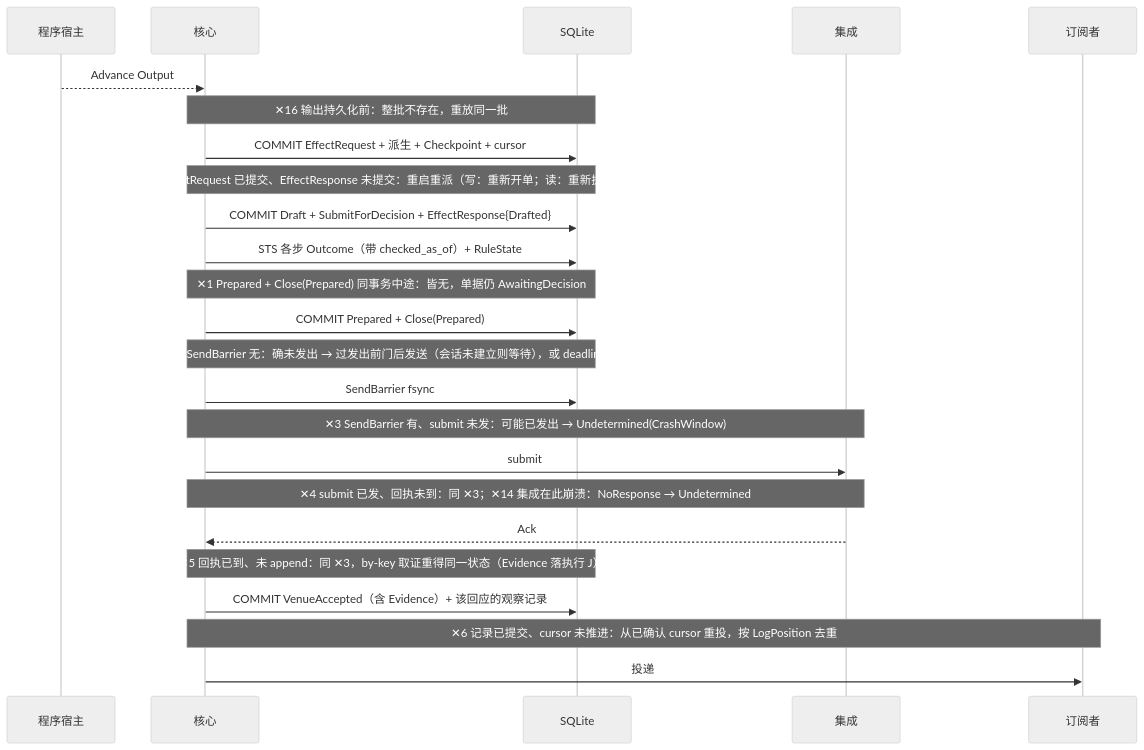
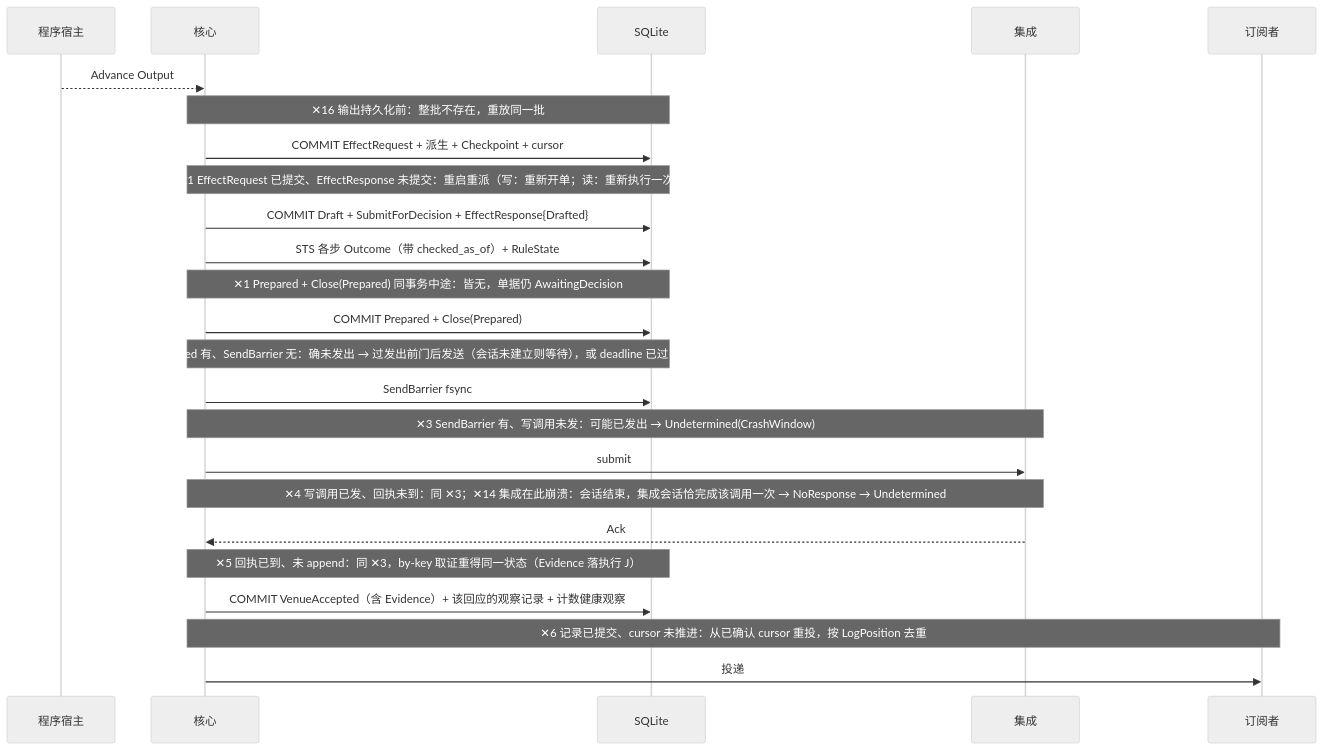
Before and after one commit to mouriya-s-lab/uta: the second of 4 diagrams in design/diagrams/07-crash-recovery.md, drawn with Mermaid (neutral theme). The commit also changed other lines of this file and 14 other files, not shown here.

Commit message:
design: write/lifecycle gaps — declared leg plans for Replace with per-leg keys and channels, target-kind capability for cancel/replace/close, TargetTerminal record, Halted and counters retained, session-state ownership in uses graph

````diff
--- a/design/diagrams/07-crash-recovery.md
+++ b/design/diagrams/07-crash-recovery.md
@@ -38,26 +38,26 @@
 ```mermaid
 sequenceDiagram
   participant H as 程序宿主
   participant C as 核心
   participant DB as SQLite
   participant I as 集成
   participant A as 订阅者
   H-->>C: Advance Output
   Note over C,DB: ✕16 输出持久化前：整批不存在，重放同一批
   C->>DB: COMMIT EffectRequest + 派生 + Checkpoint + cursor
   Note over C,DB: ✕21 EffectRequest 已提交、EffectResponse 未提交：重启重派（写：重新开单；读：重新执行一次）
   C->>DB: COMMIT Draft + SubmitForDecision + EffectResponse{Drafted}
   C->>DB: STS 各步 Outcome（带 checked_as_of）+ RuleState
   Note over C,DB: ✕1 Prepared + Close(Prepared) 同事务中途：皆无，单据仍 AwaitingDecision
   C->>DB: COMMIT Prepared + Close(Prepared)
   Note over C,DB: ✕2 Prepared 有、SendBarrier 无：确未发出 → 过发出前门后发送（会话未建立则等待），或 deadline 已过 → Expired
   C->>DB: SendBarrier fsync
-  Note over C,I: ✕3 SendBarrier 有、submit 未发：可能已发出 → Undetermined(CrashWindow)
+  Note over C,I: ✕3 SendBarrier 有、写调用未发：可能已发出 → Undetermined(CrashWindow)
   C->>I: submit
-  Note over C,I: ✕4 submit 已发、回执未到：同 ✕3；✕14 集成在此崩溃：NoResponse → Undetermined
+  Note over C,I: ✕4 写调用已发、回执未到：同 ✕3；✕14 集成在此崩溃：会话结束，集成会话恰完成该调用一次 → NoResponse → Undetermined
   I-->>C: Ack
   Note over C,DB: ✕5 回执已到、未 append：同 ✕3，by-key 取证重得同一状态（Evidence 落执行 J）
-  C->>DB: COMMIT VenueAccepted（含 Evidence）+ 该回应的观察记录
+  C->>DB: COMMIT VenueAccepted（含 Evidence）+ 该回应的观察记录 + 计数健康观察
   Note over C,A: ✕6 记录已提交、cursor 未推进：从已确认 cursor 重投，按 LogPosition 去重
   C->>A: 投递
 ```
````
